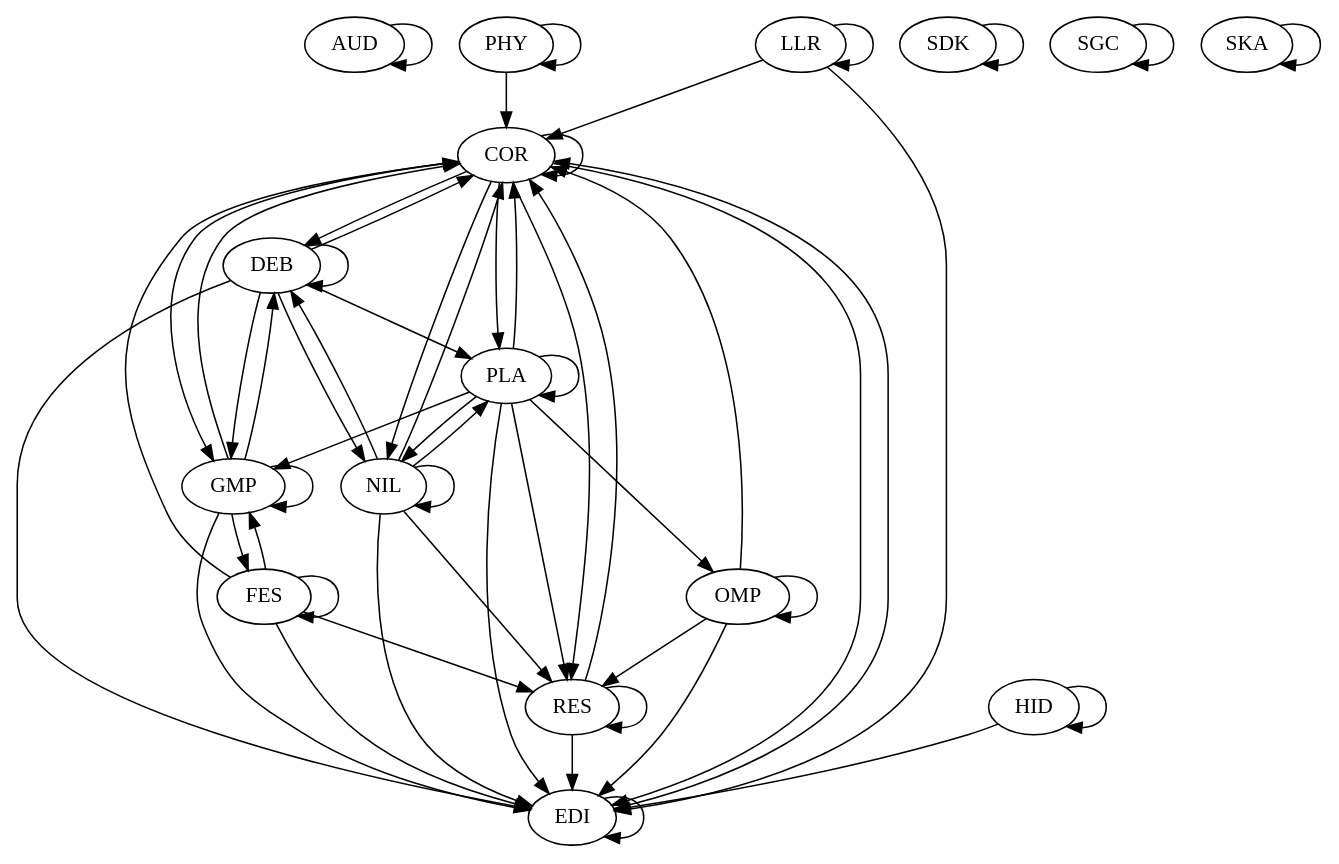
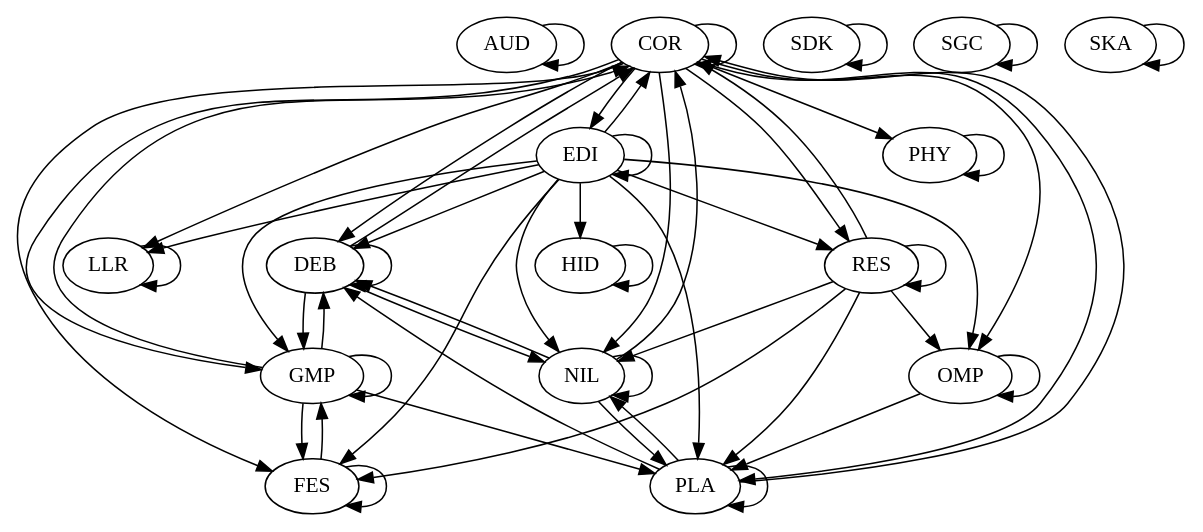
One commit to gamedev-studies/game-engine-analyser changed the diagram in 6_architectural_map_gen/outputs/o3de.dot. Above: the diagram before and after it, drawn with Graphviz. The commit also changed 9 other files, not shown here.

```diff
--- a/6_architectural_map_gen/outputs/o3de.dot
+++ b/6_architectural_map_gen/outputs/o3de.dot
@@ -1,58 +1,58 @@
 digraph "source tree" {
 	"AUD" -> "AUD"
 	"COR" -> "COR"
+	"COR" -> "DEB"
+	"COR" -> "EDI"
+	"COR" -> "FES"
+	"COR" -> "GMP"
+	"COR" -> "LLR"
+	"COR" -> "NIL"
+	"COR" -> "OMP"
+	"COR" -> "PHY"
+	"COR" -> "PLA"
+	"COR" -> "RES"
 	"DEB" -> "COR"
+	"DEB" -> "DEB"
+	"DEB" -> "GMP"
+	"DEB" -> "NIL"
 	"EDI" -> "COR"
-	"FES" -> "COR"
+	"EDI" -> "DEB"
+	"EDI" -> "EDI"
+	"EDI" -> "FES"
+	"EDI" -> "GMP"
+	"EDI" -> "HID"
+	"EDI" -> "LLR"
+	"EDI" -> "NIL"
+	"EDI" -> "OMP"
+	"EDI" -> "PLA"
+	"EDI" -> "RES"
+	"FES" -> "FES"
+	"FES" -> "GMP"
 	"GMP" -> "COR"
-	"LLR" -> "COR"
-	"NIL" -> "COR"
-	"OMP" -> "COR"
-	"PHY" -> "COR"
-	"PLA" -> "COR"
-	"RES" -> "COR"
-	"COR" -> "DEB"
-	"DEB" -> "DEB"
 	"GMP" -> "DEB"
-	"NIL" -> "DEB"
-	"COR" -> "EDI"
-	"DEB" -> "EDI"
-	"EDI" -> "EDI"
-	"FES" -> "EDI"
-	"GMP" -> "EDI"
-	"HID" -> "EDI"
-	"LLR" -> "EDI"
-	"NIL" -> "EDI"
-	"OMP" -> "EDI"
-	"PLA" -> "EDI"
-	"RES" -> "EDI"
-	"FES" -> "FES"
 	"GMP" -> "FES"
-	"COR" -> "GMP"
-	"DEB" -> "GMP"
-	"FES" -> "GMP"
 	"GMP" -> "GMP"
-	"PLA" -> "GMP"
+	"GMP" -> "PLA"
 	"HID" -> "HID"
 	"LLR" -> "LLR"
-	"COR" -> "NIL"
-	"DEB" -> "NIL"
+	"NIL" -> "COR"
+	"NIL" -> "DEB"
 	"NIL" -> "NIL"
+	"NIL" -> "PLA"
+	"OMP" -> "OMP"
+	"OMP" -> "PLA"
+	"PHY" -> "PHY"
+	"PLA" -> "COR"
+	"PLA" -> "DEB"
 	"PLA" -> "NIL"
-	"OMP" -> "OMP"
-	"PLA" -> "OMP"
-	"PHY" -> "PHY"
-	"COR" -> "PLA"
-	"DEB" -> "PLA"
-	"NIL" -> "PLA"
 	"PLA" -> "PLA"
-	"COR" -> "RES"
-	"FES" -> "RES"
-	"NIL" -> "RES"
-	"OMP" -> "RES"
-	"PLA" -> "RES"
+	"RES" -> "COR"
+	"RES" -> "FES"
+	"RES" -> "NIL"
+	"RES" -> "OMP"
+	"RES" -> "PLA"
 	"RES" -> "RES"
 	"SDK" -> "SDK"
 	"SGC" -> "SGC"
 	"SKA" -> "SKA"
 }
```
